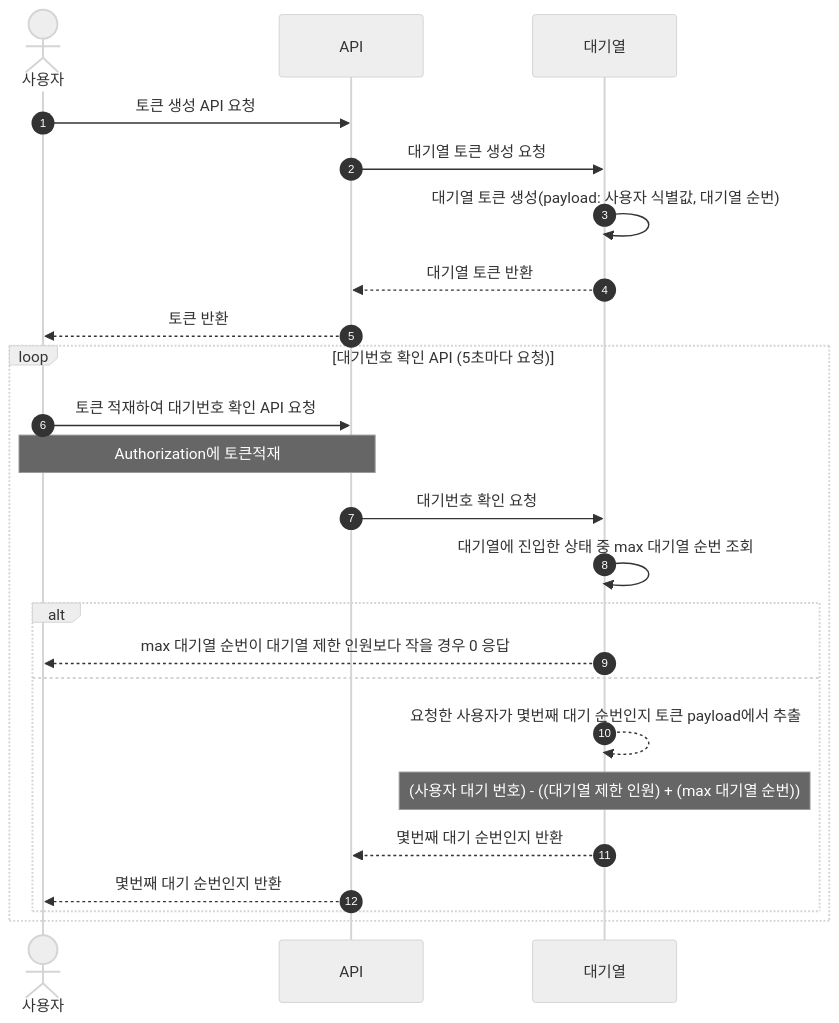
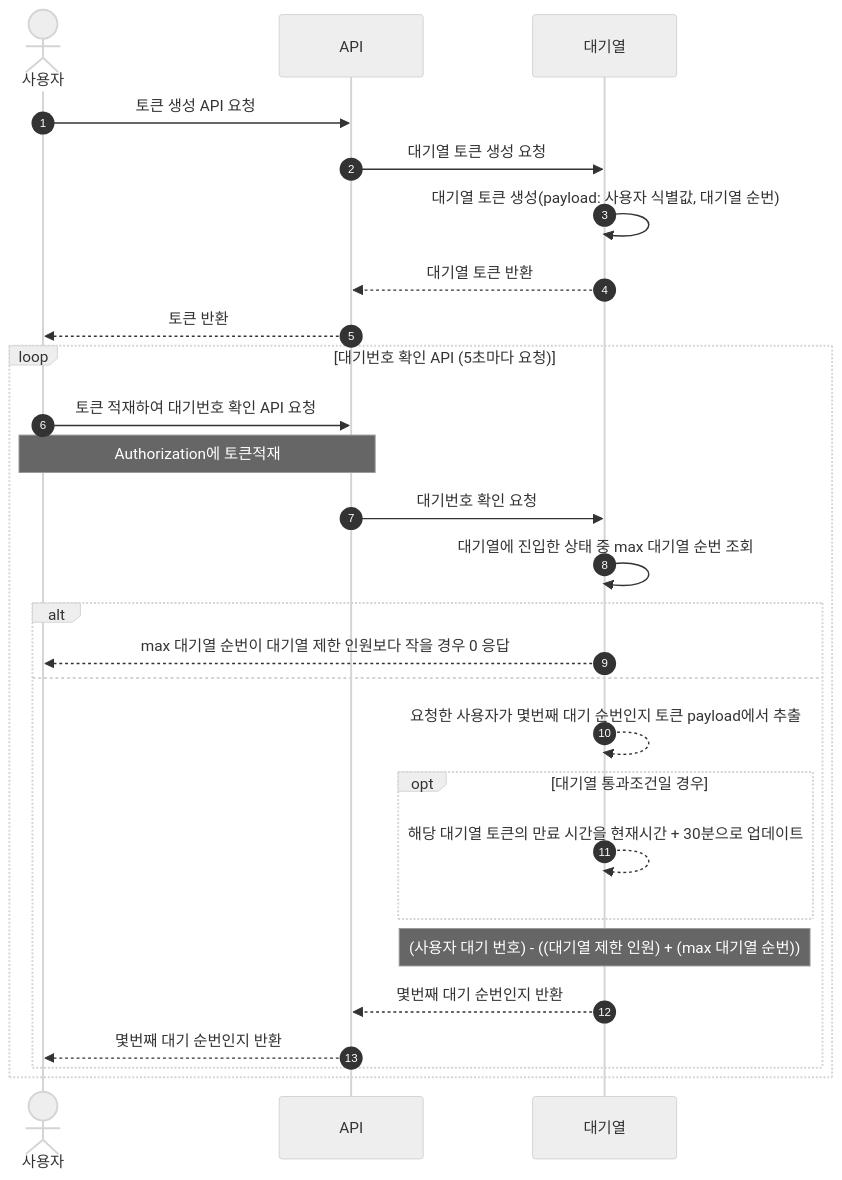
The first of 7 diagrams in docs/sequence.md (jikimee64/hhplus-concert), drawn with Mermaid (neutral theme) before and after one commit. The commit also changed other lines of this file, not shown here.

First line of the commit message:
docs: 시퀀스 다이어그램 수정

````diff
--- a/docs/sequence.md
+++ b/docs/sequence.md
@@ -5,26 +5,29 @@
 ```mermaid
 sequenceDiagram
     autonumber
     actor 사용자 as 사용자
     participant API as API
     participant 대기열 as 대기열
     사용자 ->> API: 토큰 생성 API 요청
     API ->> 대기열: 대기열 토큰 생성 요청
     대기열 ->> 대기열: 대기열 토큰 생성(payload: 사용자 식별값, 대기열 순번)
     대기열 -->> API: 대기열 토큰 반환
     API -->> 사용자: 토큰 반환
     loop 대기번호 확인 API (5초마다 요청)
         사용자 ->> API: 토큰 적재하여 대기번호 확인 API 요청
         Note over 사용자, API: Authorization에 토큰적재
         API ->> 대기열: 대기번호 확인 요청
         대기열 ->> 대기열: 대기열에 진입한 상태 중 max 대기열 순번 조회
         alt
             대기열 -->> 사용자: max 대기열 순번이 대기열 제한 인원보다 작을 경우 0 응답
         else
             대기열 -->> 대기열: 요청한 사용자가 몇번째 대기 순번인지 토큰 payload에서 추출
+            opt 대기열 통과조건일 경우
+                대기열 -->> 대기열: 해당 대기열 토큰의 만료 시간을 현재시간 + 30분으로 업데이트
+            end
             Note over 대기열, 대기열: (사용자 대기 번호) - ((대기열 제한 인원) + (max 대기열 순번))
             대기열 -->> API: 몇번째 대기 순번인지 반환
             API -->> 사용자: 몇번째 대기 순번인지 반환
         end
     end
 ```
````
